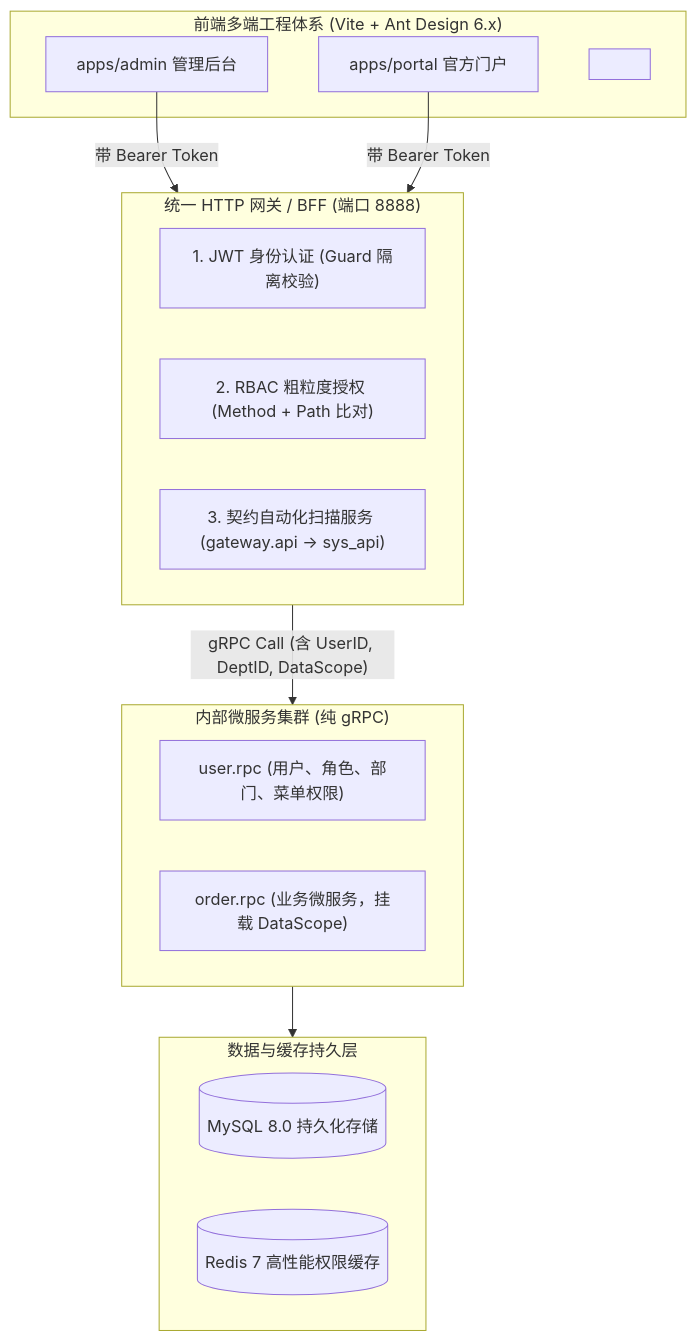
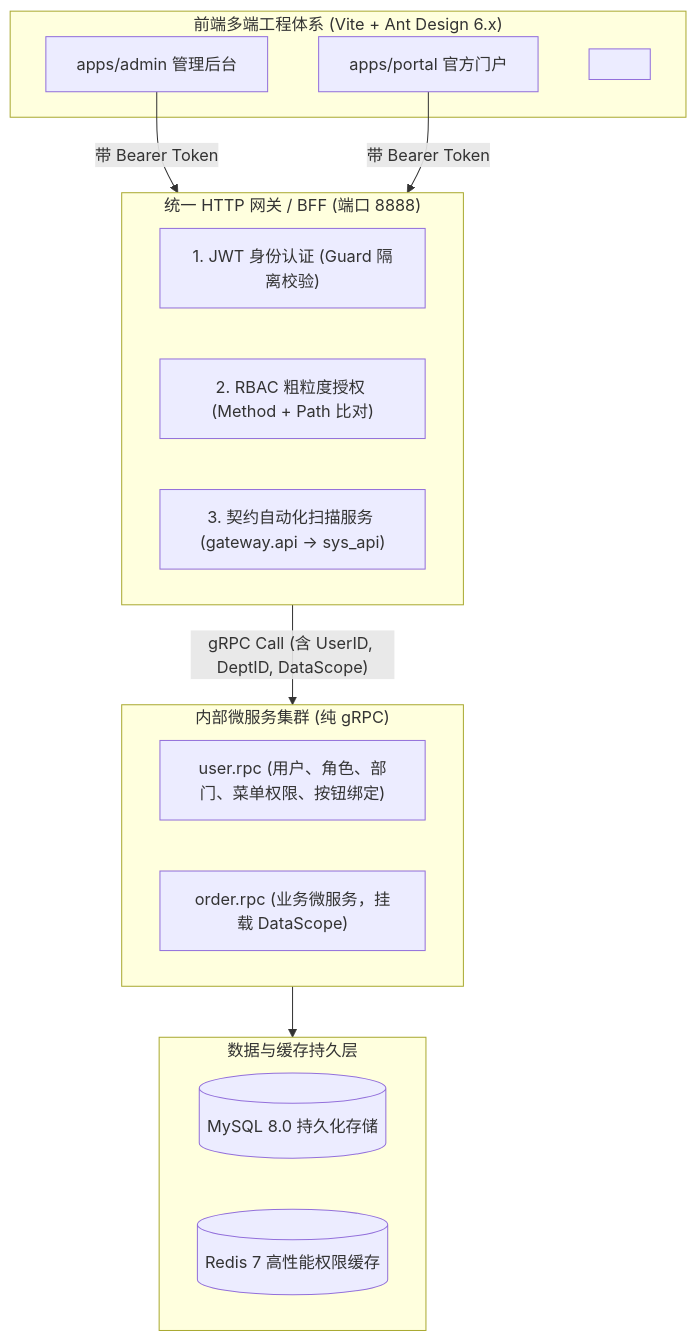
The first of 4 diagrams in doc/design/2026-09-06-permission/README.md (cococolanosugar/go-zero-boilerplate), drawn with Mermaid before and after one commit. The commit also changed other lines of this file, not shown here.

First line of the commit message:
docs: enrich permission design with Button-to-API binding and UI access strategies

````diff
--- a/doc/design/2026-09-06-permission/README.md
+++ b/doc/design/2026-09-06-permission/README.md
@@ -32,29 +33,29 @@
 ```mermaid
 flowchart TD
     subgraph Client["前端多端工程体系 (Vite + Ant Design 6.x)"]
         Admin["apps/admin 管理后台"]
         Portal["apps/portal 官方门户"]
-        AccessComp["<Access permission='user:add' />"]
+        AccessComp["<Access permission='user:add' mode='disabled' />"]
     end
 
     subgraph Gateway["统一 HTTP 网关 / BFF (端口 8888)"]
         JWTMiddleware["1. JWT 身份认证 (Guard 隔离校验)"]
         RBACMiddleware["2. RBAC 粗粒度授权 (Method + Path 比对)"]
         AutoScanner["3. 契约自动化扫描服务 (gateway.api -> sys_api)"]
     end
 
     subgraph Services["内部微服务集群 (纯 gRPC)"]
-        UserRPC["user.rpc (用户、角色、部门、菜单权限)"]
+        UserRPC["user.rpc (用户、角色、部门、菜单权限、按钮绑定)"]
         OrderRPC["order.rpc (业务微服务，挂载 DataScope)"]
     end
 
     subgraph Storage["数据与缓存持久层"]
         MySQL[(MySQL 8.0 持久化存储)]
         Redis[(Redis 7 高性能权限缓存)]
     end
 
     Admin -->|"带 Bearer Token"| Gateway
     Portal -->|"带 Bearer Token"| Gateway
     Gateway -->|"gRPC Call (含 UserID, DeptID, DataScope)"| Services
     Services --> Storage
 ```
````
